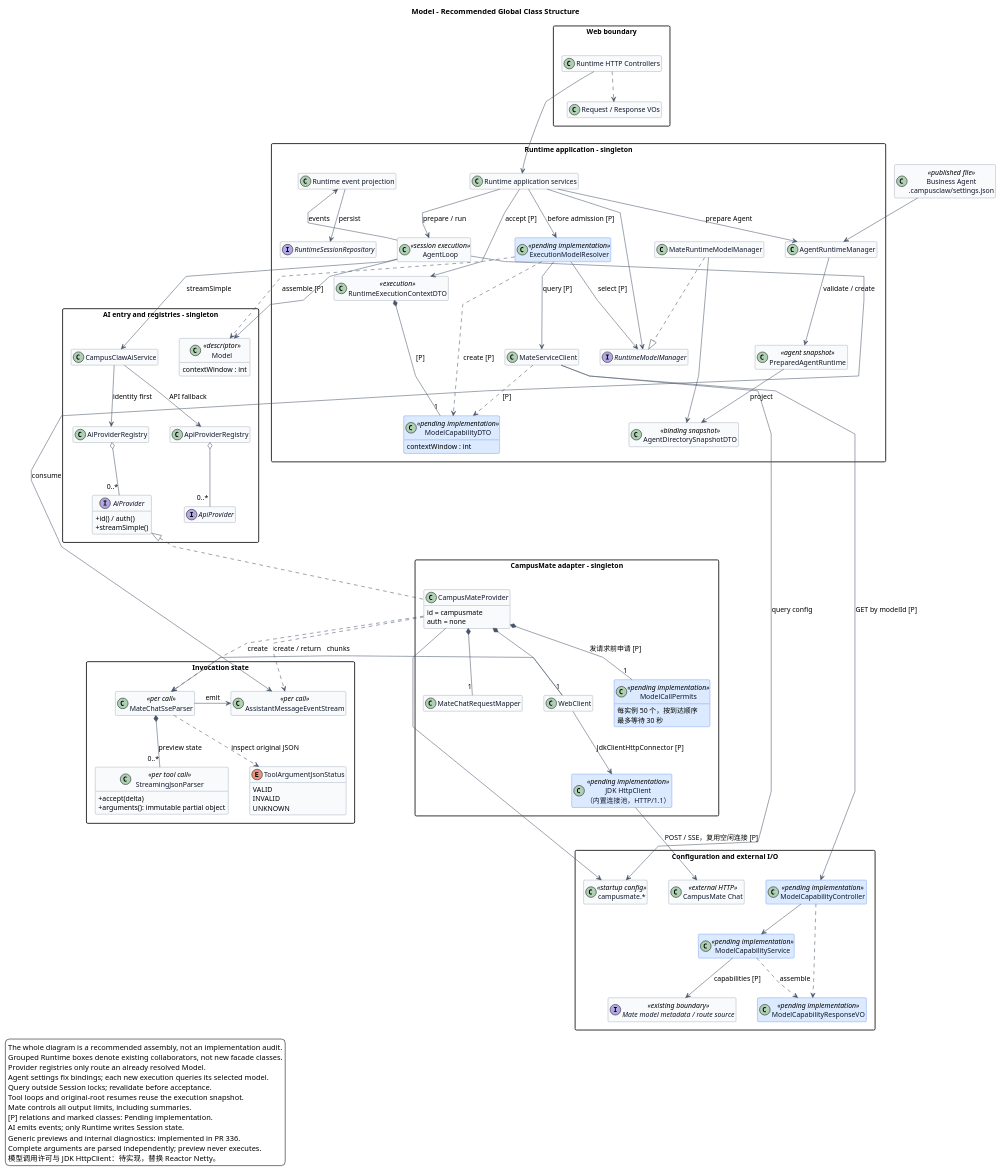
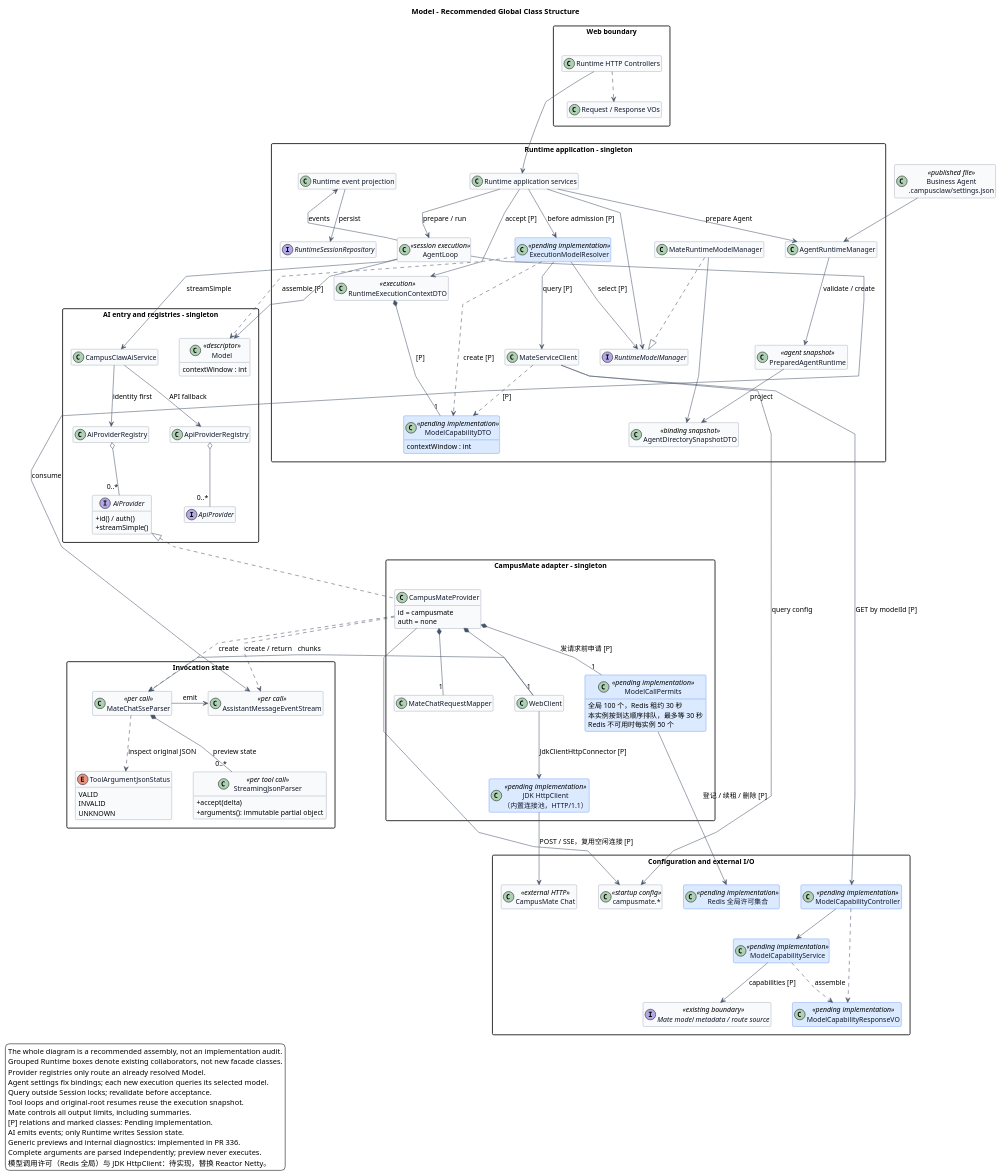
Before and after one commit to ssm0808/pi-mono-java-design: the first of 4 diagrams in 02-服务与接口/03-Model/diagram.puml, drawn with PlantUML. The commit also changed other lines of this file and 13 other files, not shown here.

First line of the commit message:
docs(model): 模型调用许可改为 Redis 全局许可

```diff
--- a/02-服务与接口/03-Model/diagram.puml
+++ b/02-服务与接口/03-Model/diagram.puml
@@ -1,195 +1,198 @@
 @startuml model-classes
 ' Baseline: pi-mono 16235fd93521f9f96164f5891beea62e6bea5b18
 ' Source evidence: packages/ai/src/models.ts: ModelsImpl, createProvider
 ' Source evidence: packages/coding-agent/src/core/model-runtime.ts: ModelRuntime.create, rebuildProviders
 ' Baseline: pi-mono-java 21c3f59be033e7bdd5506a2d9d48baa2581bc3c7
 ' Source evidence: modules/ai/src/main/java/com/campusclaw/ai/CampusClawAiService.java: streamSimple, resolveManagedProvider, resolveProvider
 ' Source evidence: modules/ai/src/main/java/com/campusclaw/ai/provider/AiProviderRegistry.java: getProvider
 ' Source evidence: modules/ai/src/main/java/com/campusclaw/ai/provider/ApiProviderRegistry.java: register, getProvider, unregister
 ' Source evidence: modules/ai/src/main/java/com/campusclaw/ai/provider/mate/CampusMateProvider.java: streamSimple, subscribe
 ' Source evidence: modules/coding-agent-cli/src/main/java/com/campusclaw/codingagent/runtime/AgentRuntimeManager.java: loadSnapshot, validSettings
 ' Source evidence: modules/coding-agent-cli/src/main/java/com/campusclaw/codingagent/runtimeapi/agent/AgentDirectorySnapshots.java: from
 ' Source evidence: modules/coding-agent-cli/src/main/java/com/campusclaw/codingagent/runtimeapi/model/MateRuntimeModelManager.java: resolveModel, listAvailableModels
 ' Source evidence: modules/coding-agent-cli/src/main/java/com/campusclaw/codingagent/runtimeapi/session/RuntimeSessionService.java: create
 ' Observed behavior: identity dispatch precedes API dispatch; Mate owns an independent WebClient path.
 ' Product constraint: Agent bindings authorize models; Mate supplies per-model token capabilities.
 ' Capability evidence: pi-mono main 36b60d2e8985899743c4cf5bd5f8929832a3f05d
 ' Source evidence: packages/coding-agent/src/core/provider-composer.ts: modelFromJson
 ' Mate baseline: 4b957a3a846659f5b7569c9d6133abc070cd2e3c
 ' Source evidence: src/main/java/com/huawei/hicampus/mate/agentdefinition/modelmanager/config/ModelManagerProperties.java: ModelRoute
 ' Pending implementation: per-execution capability query and Mate-owned output limits.
 ' Design reason: query outside locks, then revalidate bindings and Session version at admission.
 ' Architecture change: provider registries route calls but do not discover or authorize models.
 ' Pending implementation: remove ModelRegistry, external model JSON, and the alternate catalog manager.
 ' Design reason: request state stays per invocation; AI does not depend on Runtime persistence.
 ' 传输与并发：Java main 1acbbf3f046932872af06868c600bb5d9498d8b6 的 CampusMateProvider.createWebClient 使用 Reactor Netty；目标改为 JdkClientHttpConnector + JDK HttpClient，并新增实例内模型调用许可（待实现）。
 
 ' Preview scope: Java a1e6450427abeabaa1af04d5964f371dbbf4cf68 (PR 336); pi main f1b2e77f5b13b2a199b1052cb79c235451afe7d7.
 ' Source: modules/ai/src/main/java/com/campusclaw/ai/util/StreamingJsonParser.java :: accept, arguments.
 ' Source: modules/ai/src/main/java/com/campusclaw/ai/provider/mate/MateChatSseParser.java :: appendToolCall, finishTools, inspectArgumentJson.
 ' Source: packages/ai/src/utils/json-parse.ts :: parseStreamingJson.
 ' Java divergence: immutable partial snapshots; independent complete parsing; no repaired execution arguments.
 
 skinparam backgroundColor white
 skinparam shadowing false
 skinparam defaultFontName Arial
 skinparam defaultFontSize 13
 skinparam ArrowColor #475569
 title Model - Recommended Global Class Structure
 top to bottom direction
 skinparam classAttributeIconSize 0
 hide empty members
 skinparam packageStyle rectangle
 skinparam nodesep 40
 skinparam ranksep 55
 skinparam linetype polyline
 skinparam class {
   BackgroundColor #F8FAFC
   BorderColor #64748B
   FontColor #0F172A
   BackgroundColor<<pending implementation>> #DBEAFE
   BorderColor<<pending implementation>> #2563EB
 }
 
 class "Business Agent\n.campusclaw/settings.json" as AgentSettings <<published file>>
 package "Web boundary" as Web {
   class "Runtime HTTP Controllers" as Controllers
   class "Request / Response VOs" as VOs
 }
 package "Runtime application - singleton" as Runtime {
   class "Runtime application services" as Services
   class AgentRuntimeManager
   class MateServiceClient
   class ExecutionModelResolver <<pending implementation>>
   class RuntimeExecutionContextDTO <<execution>>
   class ModelCapabilityDTO <<pending implementation>> {
     contextWindow : int
   }
   class PreparedAgentRuntime <<agent snapshot>>
   interface RuntimeModelManager
   class MateRuntimeModelManager
   class AgentDirectorySnapshotDTO <<binding snapshot>>
 
   class AgentLoop <<session execution>>
   class "Runtime event projection" as Projection
   interface RuntimeSessionRepository
 }
 package "AI entry and registries - singleton" as AI {
   class CampusClawAiService
   class AiProviderRegistry
   interface AiProvider {
     +id() / auth()
     +streamSimple()
   }
   class ApiProviderRegistry
   interface ApiProvider
   class Model <<descriptor>> {
     contextWindow : int
   }
 }
 package "CampusMate adapter - singleton" as Adapter {
   class CampusMateProvider {
     id = campusmate
     auth = none
   }
   class MateChatRequestMapper
   class WebClient
   class ModelCallPermits <<pending implementation>> {
-    每实例 50 个，按到达顺序
-    最多等待 30 秒
+    全局 100 个，Redis 租约 30 秒
+    本实例按到达顺序排队，最多等 30 秒
+    Redis 不可用时每实例 50 个
   }
   class "JDK HttpClient\n（内置连接池，HTTP/1.1）" as JdkHttpClient <<pending implementation>>
 }
 package "Invocation state" as Call {
   class MateChatSseParser <<per call>>
   class AssistantMessageEventStream <<per call>>
   class StreamingJsonParser <<per tool call>> {
     +accept(delta)
     +arguments(): immutable partial object
   }
   enum ToolArgumentJsonStatus {
     VALID
     INVALID
     UNKNOWN
   }
 }
 package "Configuration and external I/O" as IO {
   class "campusmate.*" as Config <<startup config>>
   class "CampusMate Chat" as Chat <<external HTTP>>
+  class "Redis 全局许可集合" as PermitRedis <<pending implementation>>
   class ModelCapabilityController <<pending implementation>>
   class ModelCapabilityService <<pending implementation>>
   class ModelCapabilityResponseVO <<pending implementation>>
   interface "Mate model metadata / route source" as Metadata <<existing boundary>>
 }
 
 Controllers -down-> Services
 Controllers ..> VOs
 Services --> AgentRuntimeManager : prepare Agent
 AgentSettings -down-> AgentRuntimeManager
 Services --> ExecutionModelResolver : before admission [P]
 ExecutionModelResolver --> MateServiceClient : query [P]
 Services --> RuntimeExecutionContextDTO : accept [P]
 MateServiceClient --> Config : query config
 MateServiceClient --> ModelCapabilityController : GET by modelId [P]
 ModelCapabilityController --> ModelCapabilityService
 ModelCapabilityController ..> ModelCapabilityResponseVO
 ModelCapabilityService --> Metadata : capabilities [P]
 ModelCapabilityService ..> ModelCapabilityResponseVO : assemble
 MateServiceClient ..> ModelCapabilityDTO : [P]
 RuntimeExecutionContextDTO *-- "1" ModelCapabilityDTO : [P]
 ExecutionModelResolver ..> ModelCapabilityDTO : create [P]
 ExecutionModelResolver ..> Model : assemble [P]
 AgentRuntimeManager --> PreparedAgentRuntime : validate / create
 PreparedAgentRuntime --> AgentDirectorySnapshotDTO : project
 Services --> RuntimeModelManager
 MateRuntimeModelManager ..|> RuntimeModelManager
 MateRuntimeModelManager --> AgentDirectorySnapshotDTO
 ExecutionModelResolver --> RuntimeModelManager : select [P]
 Services -down-> AgentLoop : prepare / run
 AgentLoop -[norank]-> Model
 AgentLoop -[norank]-> Projection : events
 Projection --> RuntimeSessionRepository : persist
 
 AgentLoop -down-> CampusClawAiService : streamSimple
 CampusClawAiService -down-> AiProviderRegistry : identity first
 AiProviderRegistry o-- "0..*" AiProvider
 CampusClawAiService -down-> ApiProviderRegistry : API fallback
 ApiProviderRegistry o-- "0..*" ApiProvider
 CampusMateProvider .up.|> AiProvider
 CampusMateProvider *-- "1" MateChatRequestMapper
 CampusMateProvider *-- "1" WebClient
 CampusMateProvider *-- "1" ModelCallPermits : 发请求前申请 [P]
+ModelCallPermits --> PermitRedis : 登记 / 续租 / 删除 [P]
 WebClient --> JdkHttpClient : JdkClientHttpConnector [P]
 CampusMateProvider --> Config
 CampusMateProvider ..> MateChatSseParser : create
 CampusMateProvider ..> AssistantMessageEventStream : create / return
 MateChatSseParser *-- "0..*" StreamingJsonParser : preview state
 MateChatSseParser ..> ToolArgumentJsonStatus : inspect original JSON
 MateChatSseParser --> AssistantMessageEventStream : emit
 AgentLoop -[norank]-> AssistantMessageEventStream : consume
 JdkHttpClient --> Chat : POST / SSE，复用空闲连接 [P]
 WebClient -[norank]-> MateChatSseParser : chunks
 
 Controllers -[hidden]down-> Services
 VOs -[hidden]down-> Services
 Services -[hidden]down-> CampusClawAiService
 CampusClawAiService -[hidden]down-> CampusMateProvider
 MateChatRequestMapper -[hidden]right-> WebClient
 WebClient -[hidden]right-> ModelCallPermits
 MateChatSseParser -[hidden]right-> AssistantMessageEventStream
 
 legend bottom left
 The whole diagram is a recommended assembly, not an implementation audit.
 Grouped Runtime boxes denote existing collaborators, not new facade classes.
 Provider registries only route an already resolved Model.
 Agent settings fix bindings; each new execution queries its selected model.
 Query outside Session locks; revalidate before acceptance.
 Tool loops and original-root resumes reuse the execution snapshot.
 Mate controls all output limits, including summaries.
 [P] relations and marked classes: Pending implementation.
 AI emits events; only Runtime writes Session state.
 Generic previews and internal diagnostics: implemented in PR 336.
 Complete arguments are parsed independently; preview never executes.
-模型调用许可与 JDK HttpClient：待实现，替换 Reactor Netty。
+模型调用许可（Redis 全局）与 JDK HttpClient：待实现，替换 Reactor Netty。
 endlegend
 @enduml
```
